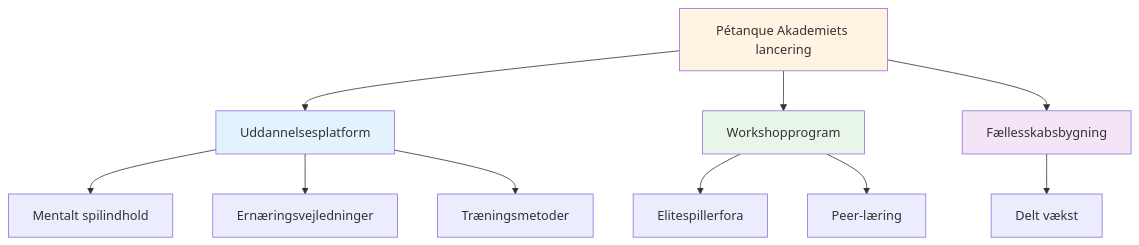
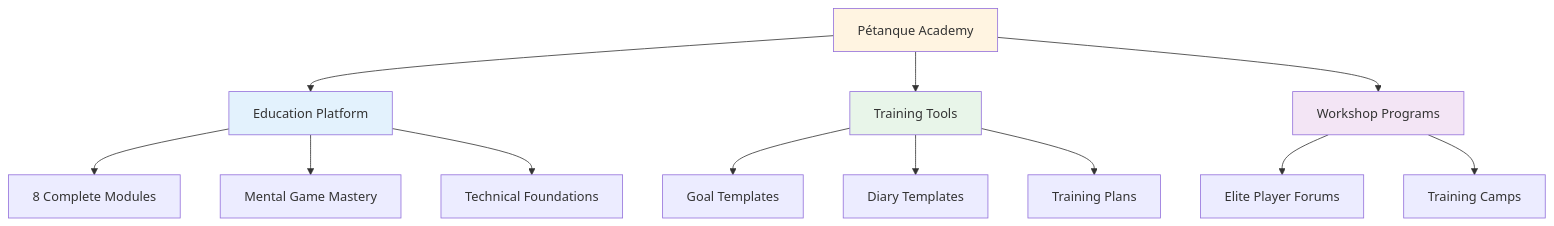
One commit to patwii/petanque-academy changed the first of 2 diagrams in docs/da/news/index.md. Above: the diagram before and after it, drawn with Mermaid. The commit also changed other lines of this file and 10 other files, not shown here.

````diff
--- a/docs/da/news/index.md
+++ b/docs/da/news/index.md
@@ -13,20 +13,22 @@
 ```mermaid
 graph TD
-    A[Pétanque Akademiets lancering] --> B[Uddannelsesplatform]
-    A --> C[Workshopprogram]
-    A --> D[Fællesskabsbygning]
+    A[Pétanque Academy] --> B[Education Platform]
+    A --> C[Training Tools]
+    A --> D[Workshop Programs]
 
-    B --> E[Mentalt spilindhold]
-    B --> F[Ernæringsvejledninger]
-    B --> G[Træningsmetoder]
+    B --> E[8 Complete Modules]
+    B --> F[Mental Game Mastery]
+    B --> G[Technical Foundations]
 
-    C --> H[Elitespillerfora]
-    C --> I[Peer-læring]
+    C --> H[Goal Templates]
+    C --> I[Diary Templates]
+    C --> J[Training Plans]
 
-    D --> J[Delt vækst]
+    D --> K[Elite Player Forums]
+    D --> L[Training Camps]
 
     style A fill:#fff4e1
     style B fill:#e3f2fd
     style C fill:#e8f5e9
     style D fill:#f3e5f5
 ```
````
